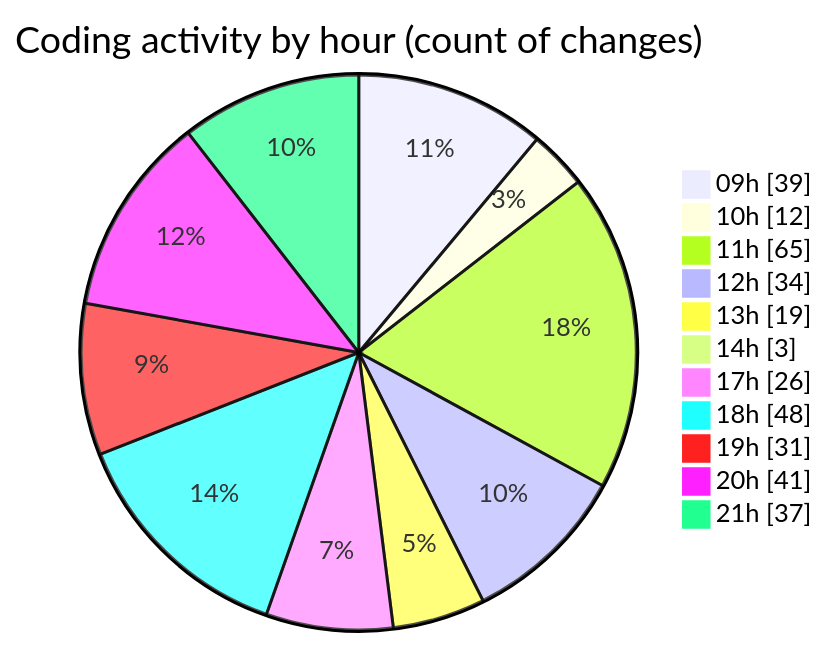
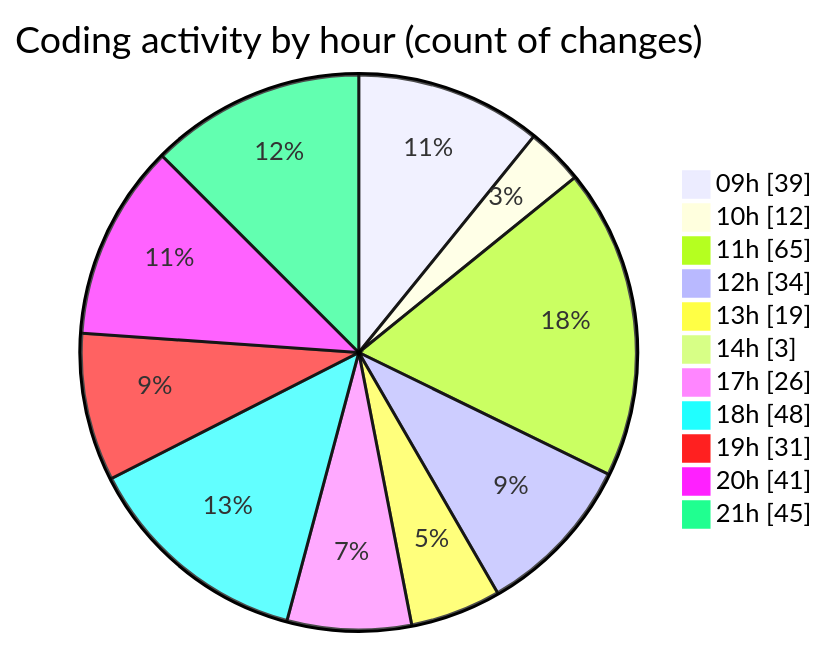
The second of 2 diagrams in 2025-03-04/cda/README.md (momahboobian/code-tracking), drawn with Mermaid before and after one commit. The commit also changed other lines of this file and 1 other file, not shown here.

````diff
--- a/2025-03-04/cda/README.md
+++ b/2025-03-04/cda/README.md
@@ -48,15 +48,15 @@
 ```mermaid
 pie showData
 title Coding activity by hour (count of changes)
 "09h" : 39
 "10h" : 12
 "11h" : 65
 "12h" : 34
 "13h" : 19
 "14h" : 3
 "17h" : 26
 "18h" : 48
 "19h" : 31
 "20h" : 41
-"21h" : 37
+"21h" : 45
 ```
````
